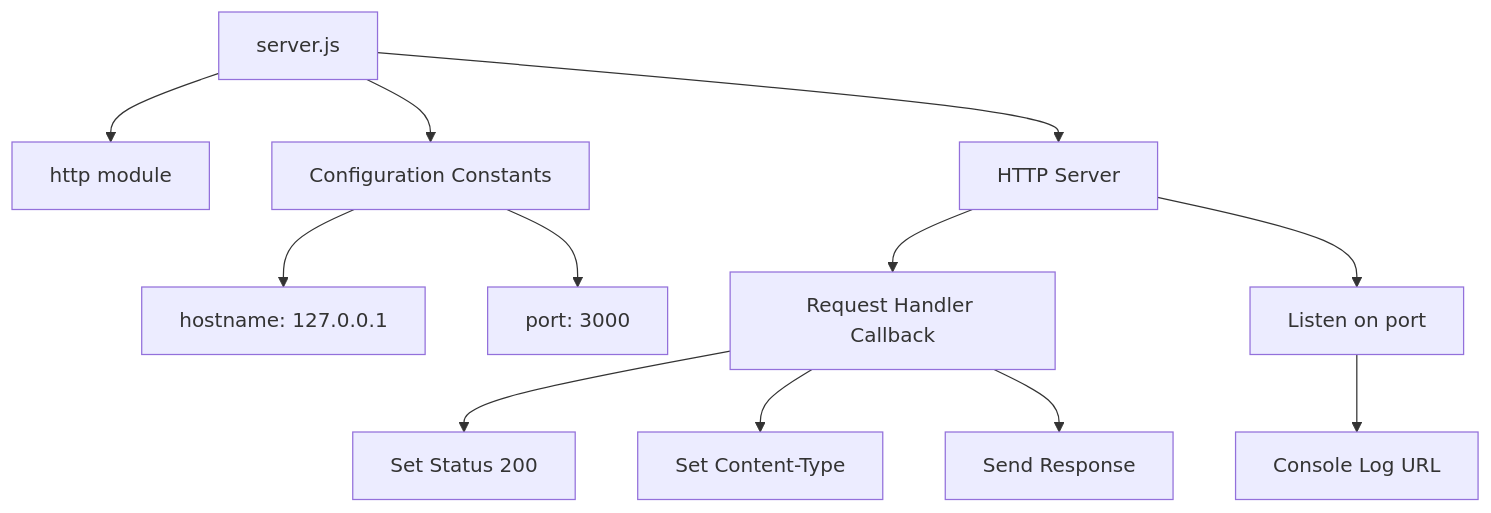
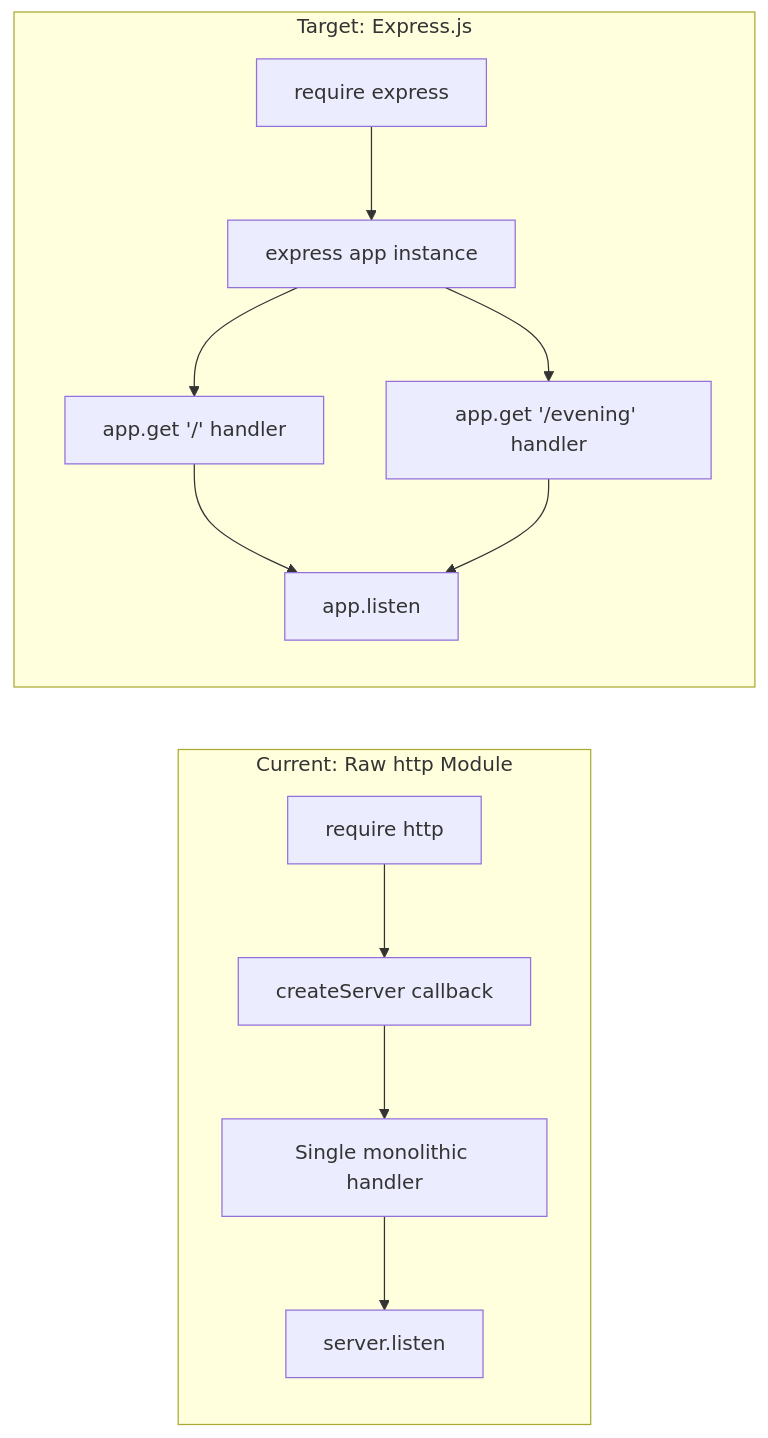
Before and after one commit to Sandeep01Kumar/SK-30-JAN: the diagram in blitzy/documentation/Technical Specifications.md, drawn with Mermaid. The commit also changed other lines of this file, not shown here.

````diff
--- a/blitzy/documentation/Technical Specifications.md
+++ b/blitzy/documentation/Technical Specifications.md
@@ -145,14 +181,16 @@
 ```mermaid
-graph TB
-    A[server.js] --> B[http module]
-    A --> C[Configuration Constants]
-    C --> D[hostname: 127.0.0.1]
-    C --> E[port: 3000]
-    A --> F[HTTP Server]
-    F --> G[Request Handler Callback]
-    G --> H[Set Status 200]
-    G --> I[Set Content-Type]
-    G --> J[Send Response]
-    F --> K[Listen on port]
-    K --> L[Console Log URL]
+flowchart LR
+    subgraph Before["Current: Raw http Module"]
+        A1[require http] --> A2[createServer callback]
+        A2 --> A3[Single monolithic handler]
+        A3 --> A4[server.listen]
+    end
+
+    subgraph After["Target: Express.js"]
+        B1[require express] --> B2[express app instance]
+        B2 --> B3["app.get '/' handler"]
+        B2 --> B4["app.get '/evening' handler"]
+        B3 --> B5[app.listen]
+        B4 --> B5
+    end
 ```
````
